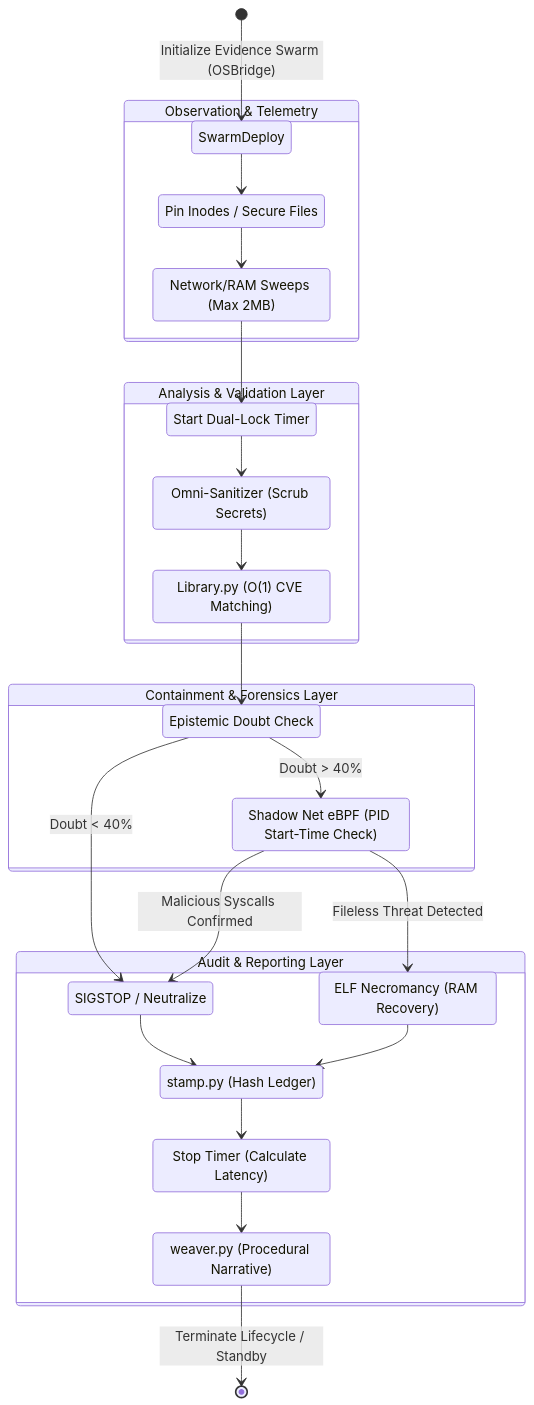
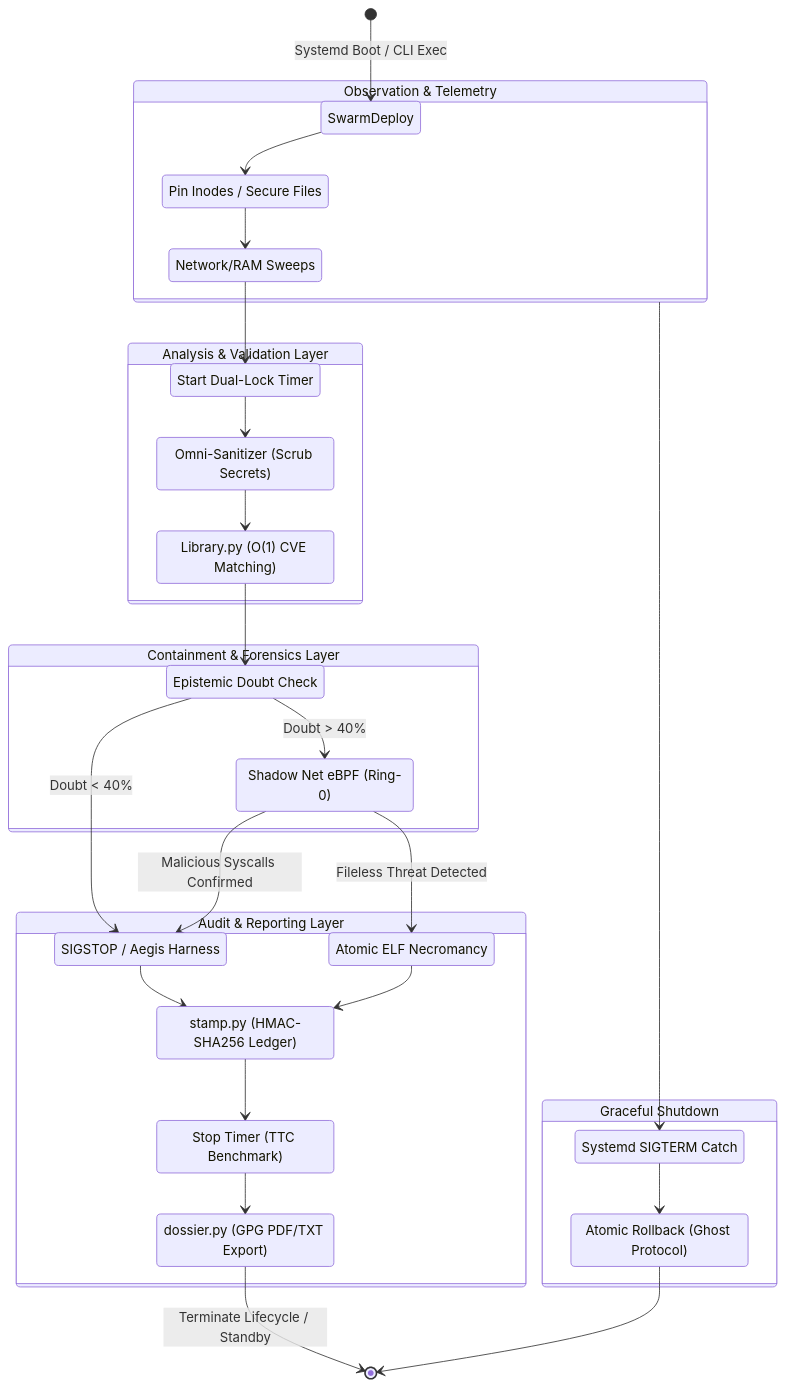
One commit to ArcVielLouvent/yomi-triage-system changed the third of 4 diagrams in README.md. Above: the diagram before and after it, drawn with Mermaid. The commit also changed other lines of this file, not shown here.

````diff
--- a/README.md
+++ b/README.md
@@ -196,48 +196,56 @@
 ```mermaid
 stateDiagram-v2
-    [*] --> SwarmDeploy : Initialize Evidence Swarm (OSBridge)
+    [*] --> SwarmDeploy : Systemd Boot / CLI Exec
 
     state "Observation & Telemetry" as Observation {
         state "Pin Inodes / Secure Files" as InodeLock
-        state "Network/RAM Sweeps (Max 2MB)" as Sweep
+        state "Network/RAM Sweeps" as Sweep
         state "Start Dual-Lock Timer" as Timer
 
         SwarmDeploy --> InodeLock
         InodeLock --> Sweep
         Sweep --> Timer
     }
 
     state "Analysis & Validation Layer" as Analysis {
         state "Omni-Sanitizer (Scrub Secrets)" as Sanitize
         state "Library.py (O(1) CVE Matching)" as IntelIngest
         state "Epistemic Doubt Check" as DoubtCheck
 
         Timer --> Sanitize
         Sanitize --> IntelIngest
         IntelIngest --> DoubtCheck
     }
 
     state "Containment & Forensics Layer" as Action {
-        state "SIGSTOP / Neutralize" as Remediate
-        state "Shadow Net eBPF (PID Start-Time Check)" as ShadowNet
-        state "ELF Necromancy (RAM Recovery)" as Necromancy
+        state "SIGSTOP / Aegis Harness" as Remediate
+        state "Shadow Net eBPF (Ring-0)" as ShadowNet
+        state "Atomic ELF Necromancy" as Necromancy
 
         DoubtCheck --> Remediate : Doubt < 40%
         DoubtCheck --> ShadowNet : Doubt > 40%
         ShadowNet --> Remediate : Malicious Syscalls Confirmed
         ShadowNet --> Necromancy : Fileless Threat Detected
     }
 
     state "Audit & Reporting Layer" as Audit {
-        state "stamp.py (Hash Ledger)" as Stamp
-        state "weaver.py (Procedural Narrative)" as Weaver
-        state "Stop Timer (Calculate Latency)" as TimerStop
+        state "stamp.py (HMAC-SHA256 Ledger)" as Stamp
+        state "dossier.py (GPG PDF/TXT Export)" as Dossier
+        state "Stop Timer (TTC Benchmark)" as TimerStop
 
         Remediate --> Stamp
         Necromancy --> Stamp
         Stamp --> TimerStop
-        TimerStop --> Weaver
+        TimerStop --> Dossier
+    }
+    
+    state "Graceful Shutdown" as Shutdown {
+        state "Systemd SIGTERM Catch" as Sigterm
+        state "Atomic Rollback (Ghost Protocol)" as Rollback
     }
 
-    Weaver --> [*] : Terminate Lifecycle / Standby
+    Dossier --> [*] : Terminate Lifecycle / Standby
+    Observation --> Sigterm
+    Sigterm --> Rollback
+    Rollback --> [*]
 ```
````
